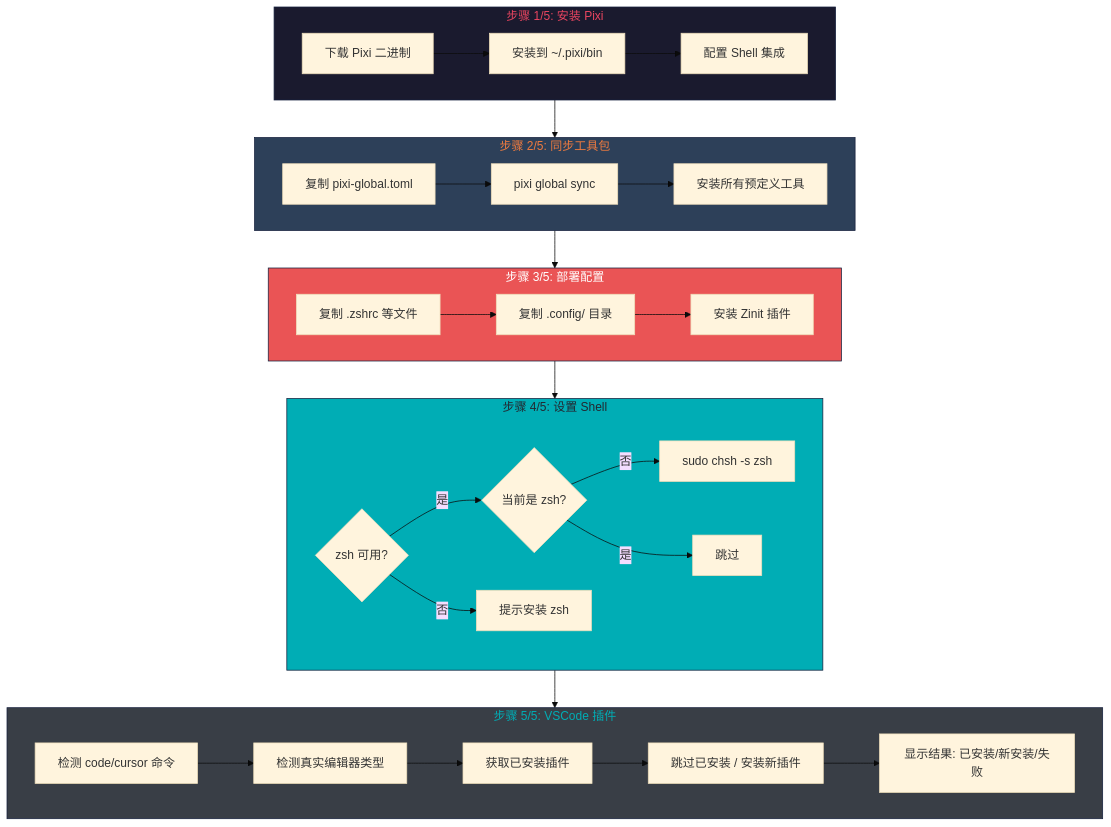
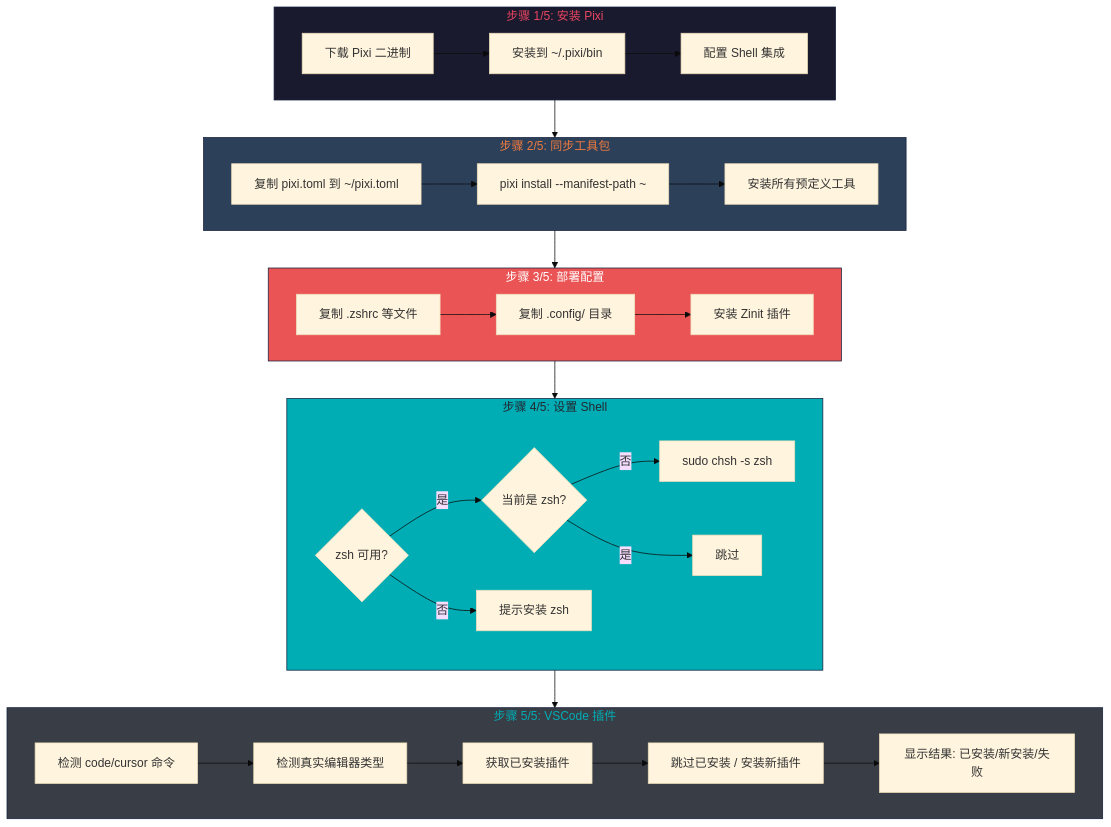
The second of 7 diagrams in docs/flowchart.md (Learner-Geek-Perfectionist/Dotfiles), drawn with Mermaid (base theme) before and after one commit. The commit also changed other lines of this file and 5 other files, not shown here.

````diff
--- a/docs/flowchart.md
+++ b/docs/flowchart.md
@@ -60,39 +60,39 @@
 ```mermaid
 flowchart TB
     subgraph Step1["步骤 1/5: 安装 Pixi"]
         A1[下载 Pixi 二进制] --> A2[安装到 ~/.pixi/bin]
         A2 --> A3[配置 Shell 集成]
     end
 
     subgraph Step2["步骤 2/5: 同步工具包"]
-        B1[复制 pixi-global.toml] --> B2[pixi global sync]
+        B1[复制 pixi.toml 到 ~/pixi.toml] --> B2[pixi install --manifest-path ~]
         B2 --> B3[安装所有预定义工具]
     end
 
     subgraph Step3["步骤 3/5: 部署配置"]
         C1[复制 .zshrc 等文件] --> C2[复制 .config/ 目录]
         C2 --> C3[安装 Zinit 插件]
     end
 
     subgraph Step4["步骤 4/5: 设置 Shell"]
         D1{zsh 可用?} -->|是| D2{当前是 zsh?}
         D2 -->|否| D3[sudo chsh -s zsh]
         D2 -->|是| D4[跳过]
         D1 -->|否| D5[提示安装 zsh]
     end
 
     subgraph Step5["步骤 5/5: VSCode 插件"]
         E1[检测 code/cursor 命令] --> E2[检测真实编辑器类型]
         E2 --> E3[获取已安装插件]
         E3 --> E4[跳过已安装 / 安装新插件]
         E4 --> E5[显示结果: 已安装/新安装/失败]
     end
 
     Step1 --> Step2 --> Step3 --> Step4 --> Step5
 
     style Step1 fill:#1a1a2e,stroke:#16213e,color:#e94560
     style Step2 fill:#2d4059,stroke:#16213e,color:#f07b3f
     style Step3 fill:#ea5455,stroke:#16213e,color:#fff
     style Step4 fill:#00adb5,stroke:#16213e,color:#222831
     style Step5 fill:#393e46,stroke:#16213e,color:#00adb5
 ```
````
